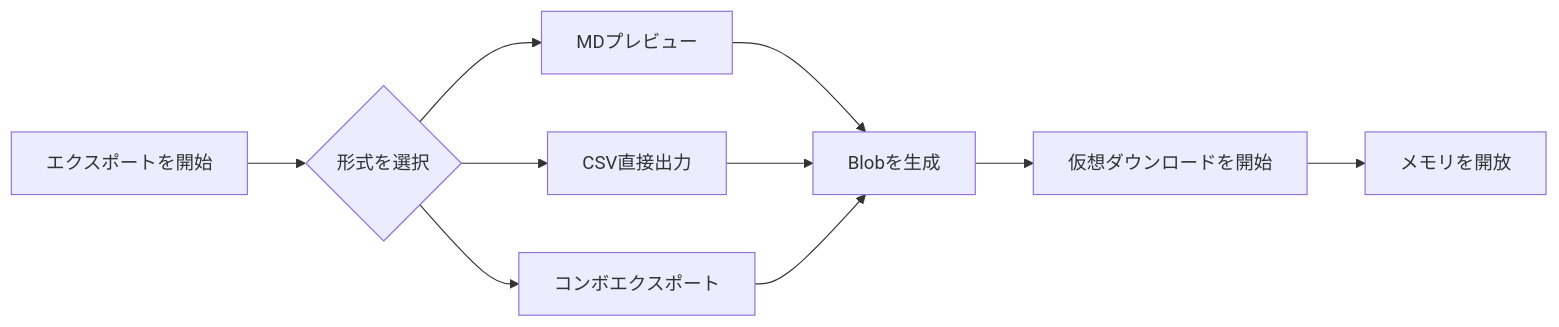
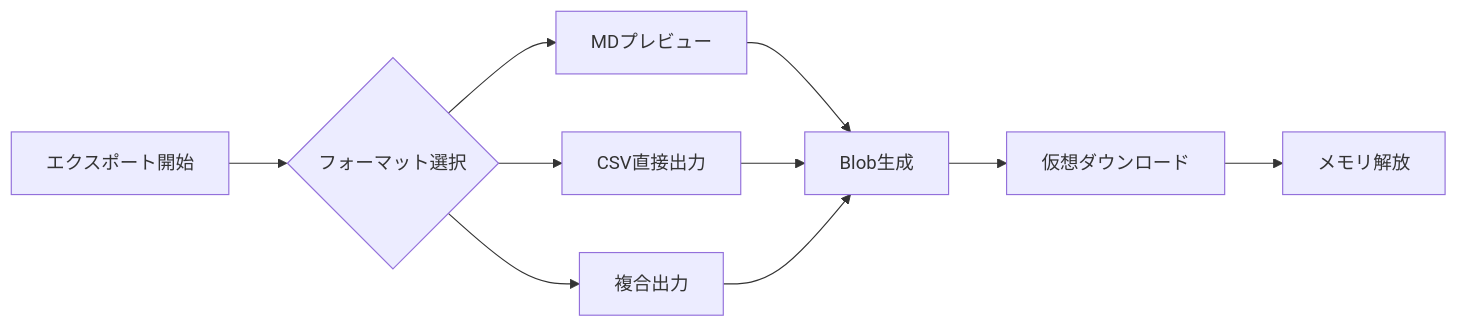
One commit to linyaocrush/DLsite-Purchase-Analyzer changed the fourth of 6 diagrams in README-JP.md. Above: the diagram before and after it, drawn with Mermaid. The commit also changed other lines of this file, not shown here.

````diff
--- a/README-JP.md
+++ b/README-JP.md
@@ -199,12 +191,12 @@
 ```mermaid
 graph LR
-    A[エクスポートを開始] --> B{形式を選択}
+    A[エクスポート開始] --> B{フォーマット選択}
     B --> C[MDプレビュー]
     B --> D[CSV直接出力]
-    B --> E[コンボエクスポート]
-    C --> F[Blobを生成]
+    B --> E[複合出力]
+    C --> F[Blob生成]
     D --> F
     E --> F
-    F --> G[仮想ダウンロードを開始]
-    G --> H[メモリを開放]
+    F --> G[仮想ダウンロード]
+    G --> H[メモリ解放]
 ```
````
